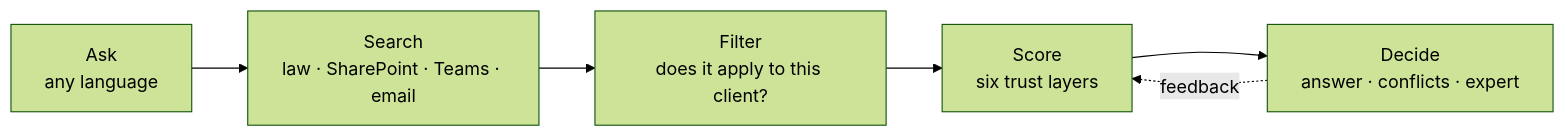
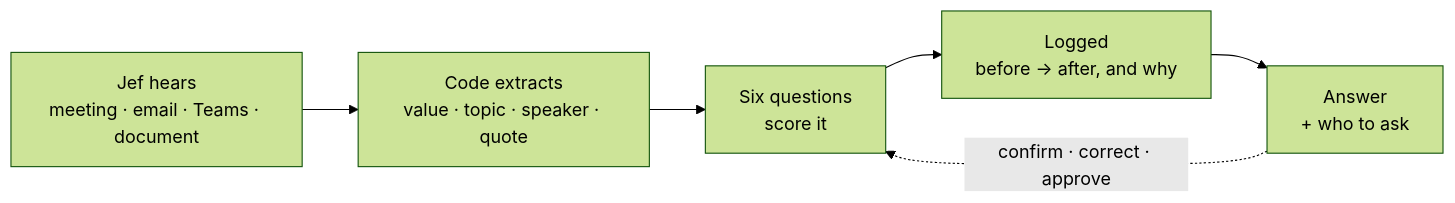
One commit to Noahgradstock/aleida-tectonic-sdworx changed the second of 2 diagrams in README.md. Above: the diagram before and after it, drawn with Mermaid (forest theme). The commit also changed other lines of this file and 22 other files, not shown here.

````diff
--- a/README.md
+++ b/README.md
@@ -100,8 +153,8 @@
 ```mermaid
 flowchart LR
-    A[Ask<br/>any language] --> B[Search<br/>law · SharePoint · Teams · email]
-    B --> C[Filter<br/>does it apply to this client?]
-    C --> D[Score<br/>six trust layers]
-    D --> E[Decide<br/>answer · conflicts · expert]
-    E -. feedback .-> D
+    A["Jef hears<br/>meeting · email · Teams · document"] --> B["Code extracts<br/>value · topic · speaker · quote"]
+    B --> C["Six questions<br/>score it"]
+    C --> D["Logged<br/>before → after, and why"]
+    D --> E["Answer<br/>+ who to ask"]
+    E -. confirm · correct · approve .-> C
 ```
````
